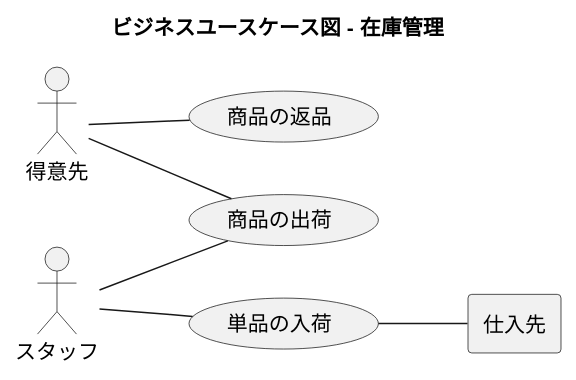
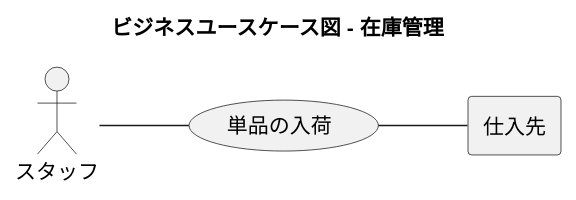
Before and after one commit to k2works/application_programing_excercise_2022: the seventh of 39 diagrams in docs/index.adoc, drawn with PlantUML. The commit also changed other lines of this file, not shown here.

Commit message:
docs: ドキュメント更新

```diff
--- a/docs/index.adoc
+++ b/docs/index.adoc
@@ -294,24 +300,18 @@
 [plantuml]
 ----
 @startuml
 
 title ビジネスユースケース図 - 在庫管理
 
 left to right direction
 
-actor 得意先 as ac_01
-actor スタッフ as ac_02
+actor スタッフ as ac_01
 agent 仕入先 as ag_01
 
 usecase 単品の入荷 as uc_01
-usecase 商品の出荷 as uc_02
-usecase 商品の返品 as uc_03
 
-ac_02 -- (uc_01)
-ac_02 -- (uc_02)
-ac_01 -- (uc_02)
-ac_01 -- (uc_03)
+ac_01 -- (uc_01)
 (uc_01) -- ag_01
 
 @enduml
 ----
```
